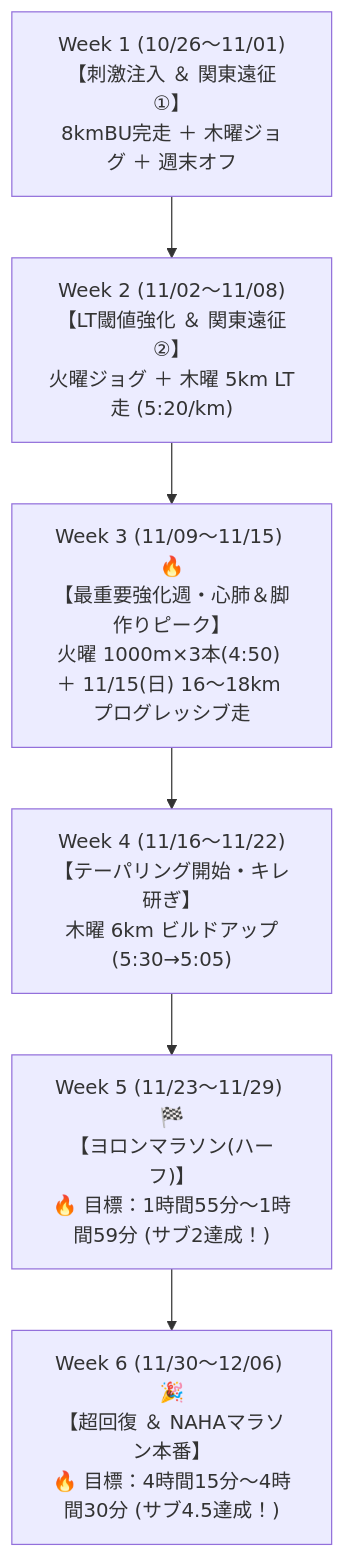
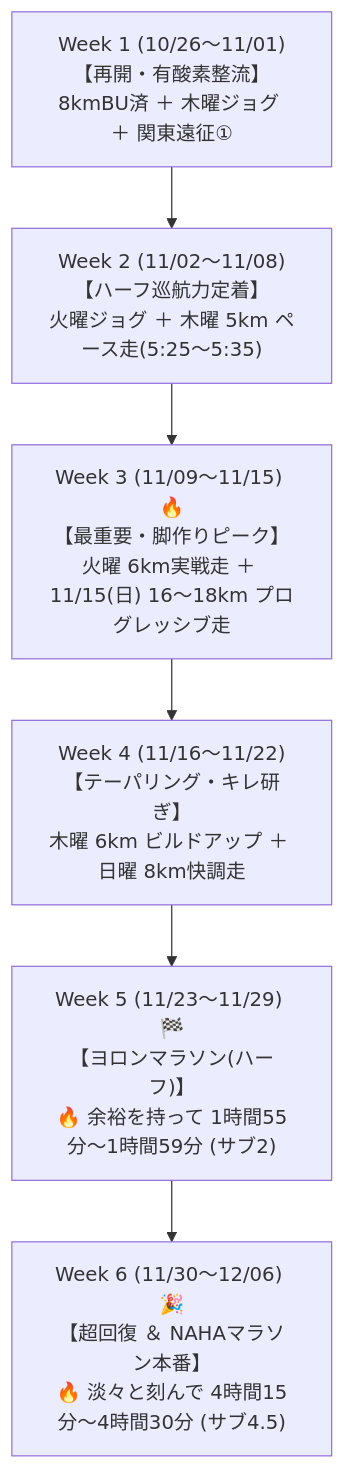
One commit to nem6ishi/running_analytics changed the diagram in docs/TRAINING_PLAN_2026.md. Above: the diagram before and after it, drawn with Mermaid. The commit also changed other lines of this file, not shown here.

````diff
--- a/docs/TRAINING_PLAN_2026.md
+++ b/docs/TRAINING_PLAN_2026.md
@@ -29,8 +28,8 @@
 ```mermaid
 flowchart TD
-    W1["Week 1 (10/26〜11/01)<br/>【刺激注入 ＆ 関東遠征①】<br/>8kmBU完走 ＋ 木曜ジョグ ＋ 週末オフ"] --> W2["Week 2 (11/02〜11/08)<br/>【LT閾値強化 ＆ 関東遠征②】<br/>火曜ジョグ ＋ 木曜 5km LT走 (5:20/km)"]
-    W2 --> W3["Week 3 (11/09〜11/15) 🔥<br/>【最重要強化週・心肺＆脚作りピーク】<br/>火曜 1000m×3本(4:50) ＋ 11/15(日) 16〜18km プログレッシブ走"]
-    W3 --> W4["Week 4 (11/16〜11/22)<br/>【テーパリング開始・キレ研ぎ】<br/>木曜 6km ビルドアップ(5:30→5:05)"]
-    W4 --> W5["Week 5 (11/23〜11/29) 🏁<br/>【ヨロンマラソン(ハーフ)】<br/>🔥 目標：1時間55分〜1時間59分 (サブ2達成！)"]
-    W5 --> W6["Week 6 (11/30〜12/06) 🎉<br/>【超回復 ＆ NAHAマラソン本番】<br/>🔥 目標：4時間15分〜4時間30分 (サブ4.5達成！)"]
+    W1["Week 1 (10/26〜11/01)<br/>【再開・有酸素整流】<br/>8kmBU済 ＋ 木曜ジョグ ＋ 関東遠征①"] --> W2["Week 2 (11/02〜11/08)<br/>【ハーフ巡航力定着】<br/>火曜ジョグ ＋ 木曜 5km ペース走(5:25〜5:35)"]
+    W2 --> W3["Week 3 (11/09〜11/15) 🔥<br/>【最重要・脚作りピーク】<br/>火曜 6km実戦走 ＋ 11/15(日) 16〜18km プログレッシブ走"]
+    W3 --> W4["Week 4 (11/16〜11/22)<br/>【テーパリング・キレ研ぎ】<br/>木曜 6km ビルドアップ ＋ 日曜 8km快調走"]
+    W4 --> W5["Week 5 (11/23〜11/29) 🏁<br/>【ヨロンマラソン(ハーフ)】<br/>🔥 余裕を持って 1時間55分〜1時間59分 (サブ2)"]
+    W5 --> W6["Week 6 (11/30〜12/06) 🎉<br/>【超回復 ＆ NAHAマラソン本番】<br/>🔥 淡々と刻んで 4時間15分〜4時間30分 (サブ4.5)"]
 ```
````
